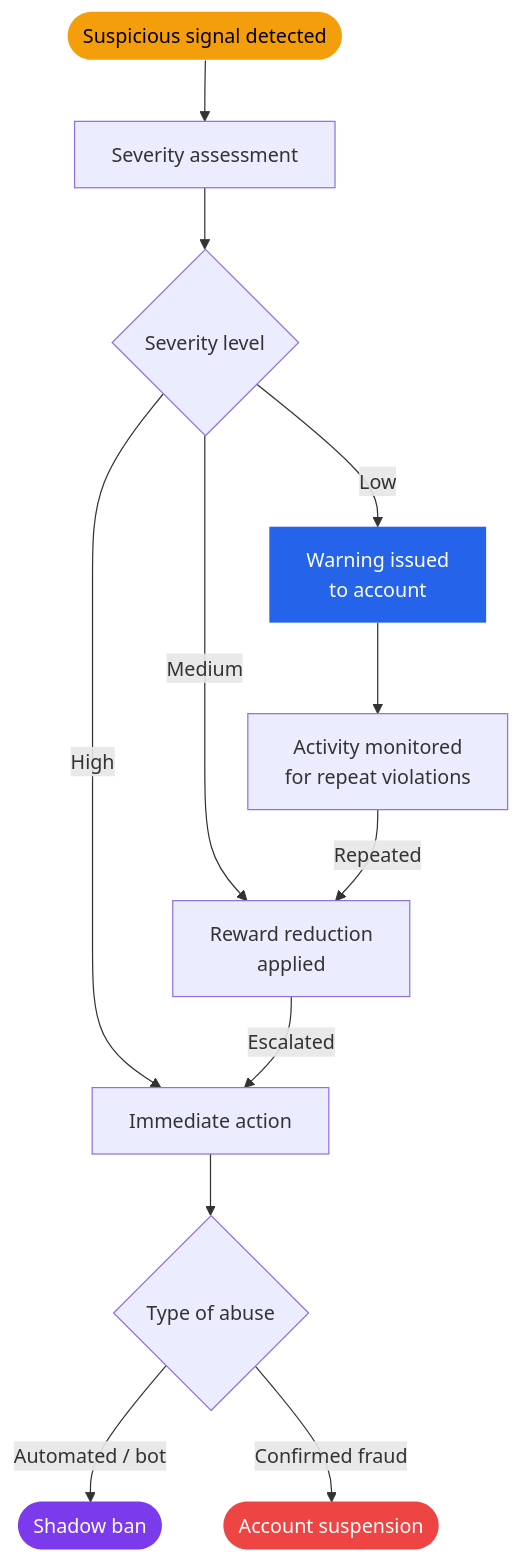
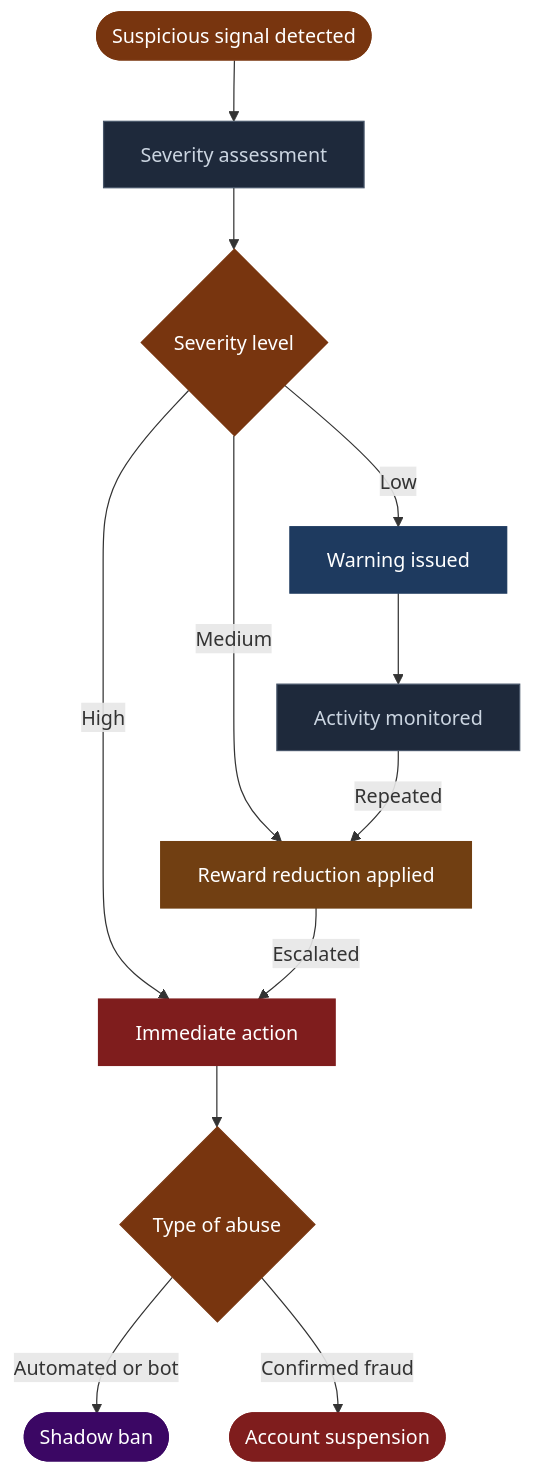
One commit to Nexora-Node/Docs changed the first of 2 diagrams in anti-cheat.md. Above: the diagram before and after it, drawn with Mermaid. The commit also changed other lines of this file and 5 other files, not shown here.

Commit message:
docs: fix diagram bugs, unify color palette, remove bidirectional arrows

````diff
--- a/anti-cheat.md
+++ b/anti-cheat.md
@@ -35,19 +35,25 @@
 ```mermaid
 flowchart TD
     A([Suspicious signal detected]) --> B[Severity assessment]
     B --> C{Severity level}
-    C -->|Low| D[Warning issued\nto account]
-    C -->|Medium| E[Reward reduction\napplied]
+    C -->|Low| D[Warning issued]
+    C -->|Medium| E[Reward reduction applied]
     C -->|High| F[Immediate action]
     F --> G{Type of abuse}
-    G -->|Automated / bot| H([Shadow ban])
+    G -->|Automated or bot| H([Shadow ban])
     G -->|Confirmed fraud| I([Account suspension])
-    D --> J[Activity monitored\nfor repeat violations]
+    D --> J[Activity monitored]
     J -->|Repeated| E
     E -->|Escalated| F
 
-    style A fill:#f59e0b,color:#000,stroke:none
-    style H fill:#7c3aed,color:#fff,stroke:none
-    style I fill:#ef4444,color:#fff,stroke:none
-    style D fill:#2563eb,color:#fff,stroke:none
+    style A fill:#78350f,stroke:#78350f,color:#fff
+    style B fill:#1e293b,stroke:#475569,color:#cbd5e1
+    style C fill:#78350f,stroke:#78350f,color:#fff
+    style D fill:#1e3a5f,stroke:#1e3a5f,color:#fff
+    style E fill:#713f12,stroke:#713f12,color:#fff
+    style F fill:#7f1d1d,stroke:#7f1d1d,color:#fff
+    style G fill:#78350f,stroke:#78350f,color:#fff
+    style H fill:#3b0764,stroke:#3b0764,color:#fff
+    style I fill:#7f1d1d,stroke:#7f1d1d,color:#fff
+    style J fill:#1e293b,stroke:#475569,color:#cbd5e1
 ```
````
